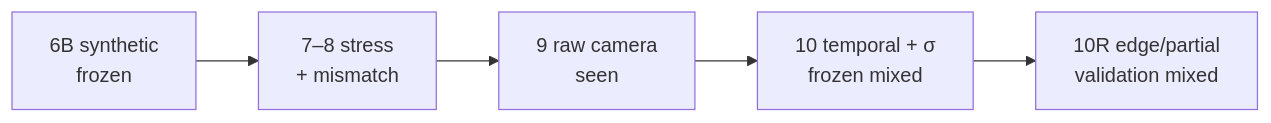
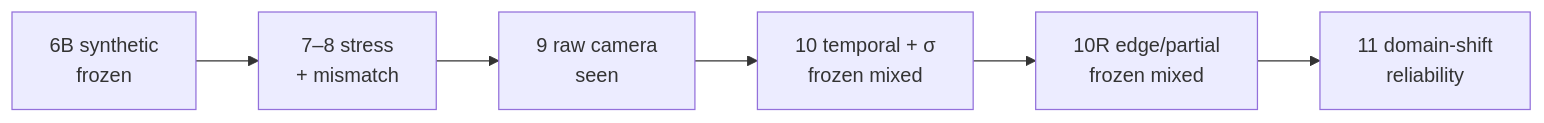
The diagram in README.md (suhaslord/uav-safety-research), drawn with Mermaid before and after one commit. The commit also changed other lines of this file, not shown here.

Commit message:
docs: promote frozen Phase 10R holdout result

````diff
--- a/README.md
+++ b/README.md
@@ -102,7 +110,8 @@
 ```mermaid
 flowchart LR
   A["6B synthetic<br/>frozen"] --> B["7–8 stress<br/>+ mismatch"]
   B --> C["9 raw camera<br/>seen"]
   C --> D["10 temporal + σ<br/>frozen mixed"]
-  D --> E["10R edge/partial<br/>validation mixed"]
+  D --> E["10R edge/partial<br/>frozen mixed"]
+  E --> F["11 domain-shift<br/>reliability"]
 ```
````
